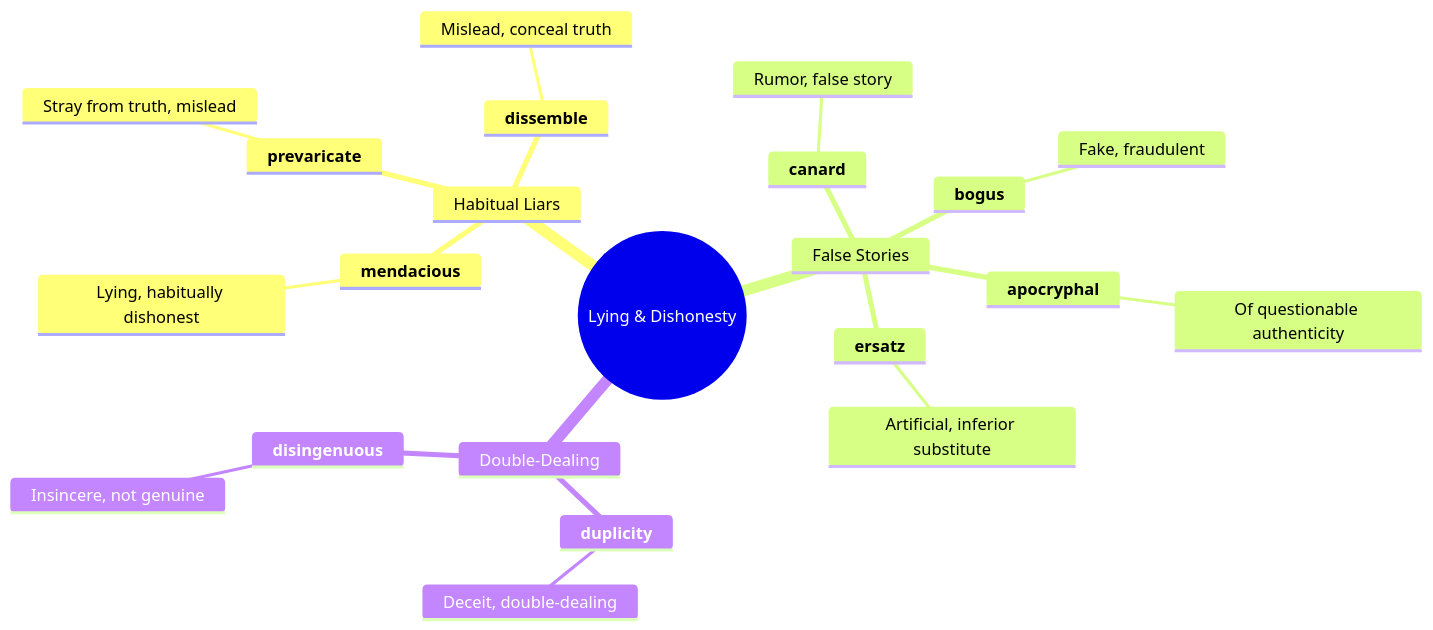
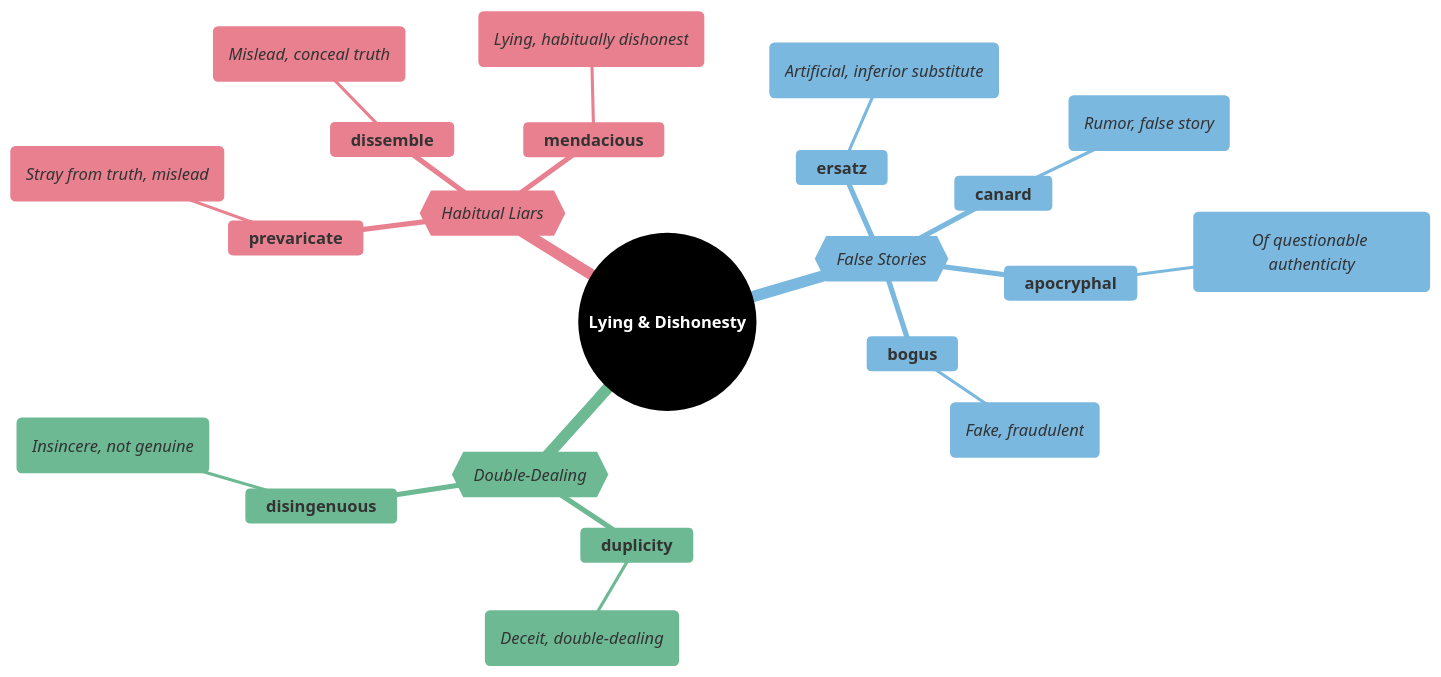
The second of 7 diagrams in mindmaps/08-deception-and-trickery.md (95anantsingh/gre-preparation), drawn with Mermaid before and after one commit. The commit also changed other lines of this file and 14 other files, not shown here.

````diff
--- a/mindmaps/08-deception-and-trickery.md
+++ b/mindmaps/08-deception-and-trickery.md
@@ -80,25 +99,44 @@
 ```mermaid
+%%{
+  init: {
+    "theme": "base",
+    "themeVariables": {
+      "primaryColor": "#000000",
+      "cScale1": "#e8808f",  "cScaleInv1": "#a33445",
+      "cScale2": "#7bb8e0",  "cScaleInv2": "#266a93",
+      "cScale3": "#6db993",  "cScaleInv3": "#23543f",
+      "cScale4": "#f5d07a",  "cScaleInv4": "#c4903b",
+      "cScale5": "#b08fcc",  "cScaleInv5": "#5d3b75",
+      "cScale6": "#74dace",  "cScaleInv6": "#217d72",
+      "cScale7": "#f09570",  "cScaleInv7": "#b84112",
+      "cScale8": "#8ea8c2",  "cScaleInv8": "#32465e",
+      "cScale9": "#cc7fba",  "cScaleInv9": "#7d2868",
+      "cScale10": "#c99a78", "cScaleInv10": "#7c4e32",
+      "cScale11": "#a3a3a3", "cScaleInv11": "#3d3d3d"
+    }
+  }
+}%%
 mindmap
-  root((Lying & Dishonesty))
-    Habitual Liars
+  root((<font color=white>**Lying & Dishonesty**</font>))
+    {{_Habitual Liars_}}
       **mendacious**
-        Lying, habitually dishonest
+        (_Lying, habitually dishonest_)
       **prevaricate**
-        Stray from truth, mislead
+        (_Stray from truth, mislead_)
       **dissemble**
-        Mislead, conceal truth
-    False Stories
+        (_Mislead, conceal truth_)
+    {{_False Stories_}}
       **canard**
-        Rumor, false story
+        (_Rumor, false story_)
       **apocryphal**
-        Of questionable authenticity
+        (_Of questionable authenticity_)
       **bogus**
-        Fake, fraudulent
+        (_Fake, fraudulent_)
       **ersatz**
-        Artificial, inferior substitute
-    Double-Dealing
+        (_Artificial, inferior substitute_)
+    {{_Double-Dealing_}}
       **duplicity**
-        Deceit, double-dealing
+        (_Deceit, double-dealing_)
       **disingenuous**
-        Insincere, not genuine
+        (_Insincere, not genuine_)
 ```
````
